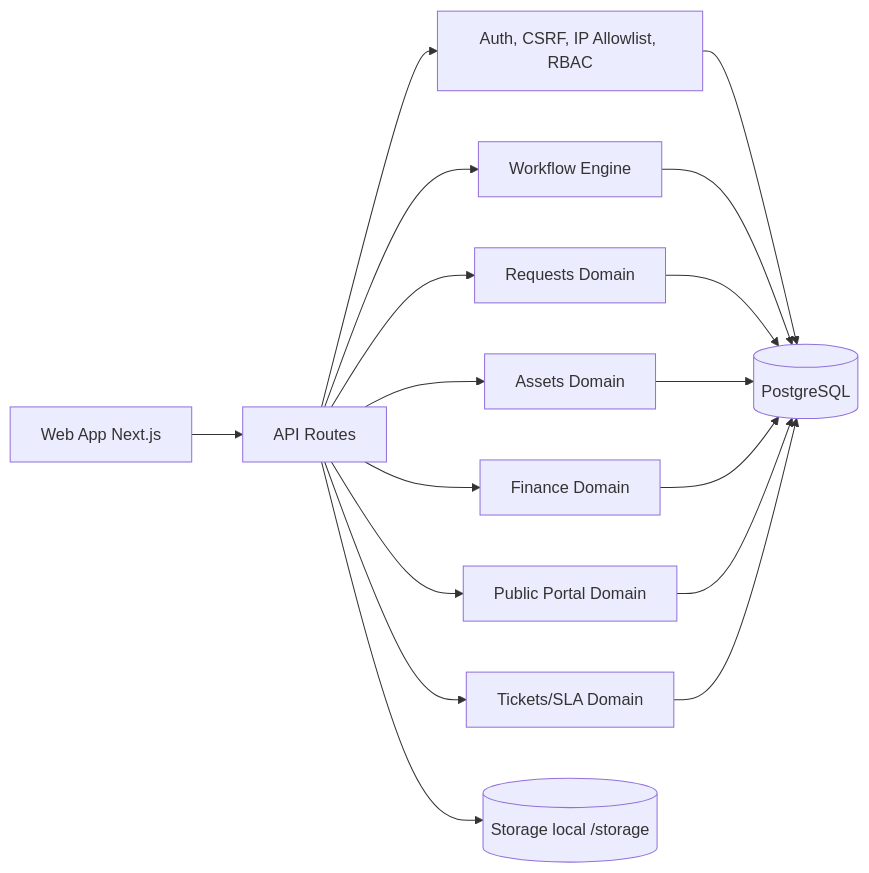
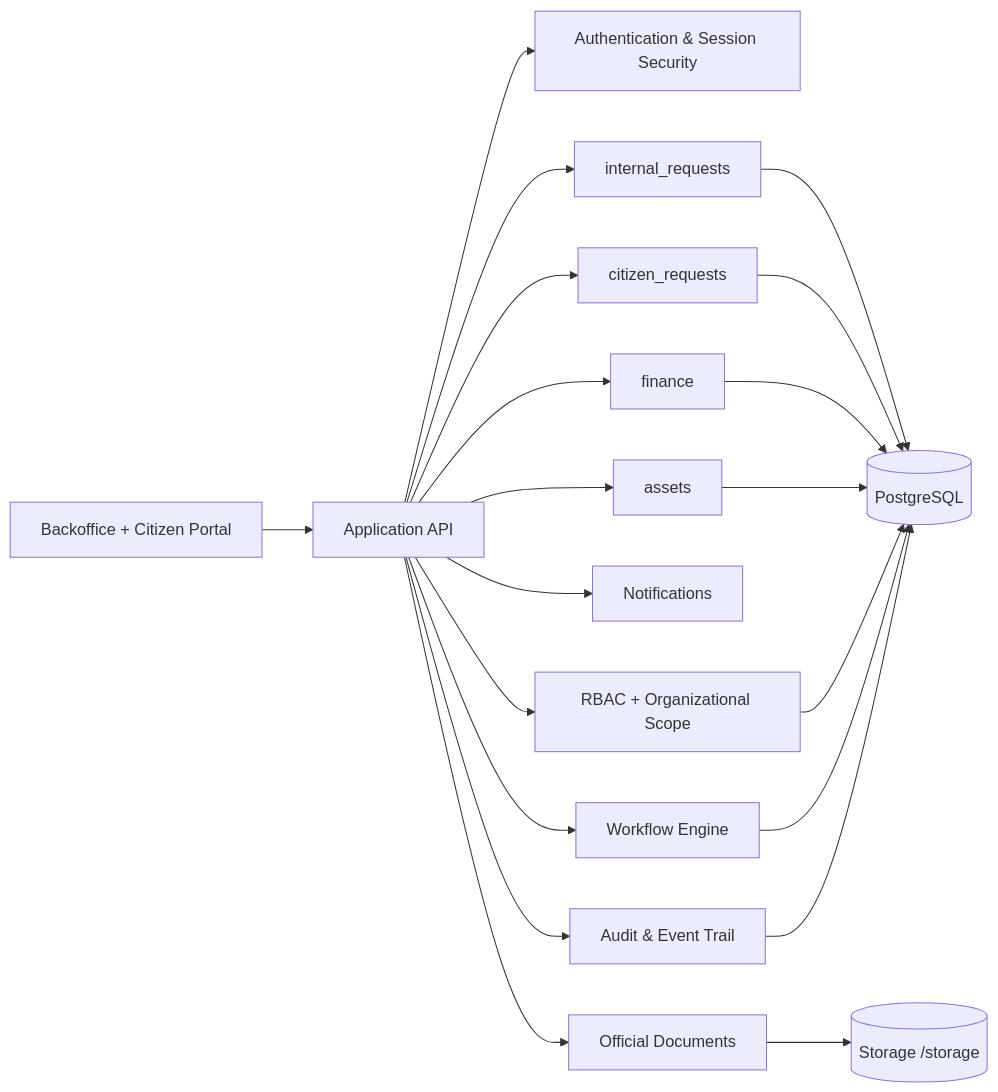
The first of 5 diagrams in README.md (RomaoFilipe/StockBackup), drawn with Mermaid before and after one commit. The commit also changed other lines of this file, not shown here.

````diff
--- a/README.md
+++ b/README.md
@@ -45,21 +82,26 @@
 ```mermaid
 flowchart LR
-  UI[Web App Next.js] --> API[API Routes]
-  API --> AUTH[Auth, CSRF, IP Allowlist, RBAC]
+  UI[Backoffice + Citizen Portal] --> API[Application API]
+
+  API --> AUTH[Authentication & Session Security]
+  API --> RBAC[RBAC + Organizational Scope]
   API --> WF[Workflow Engine]
-  API --> REQ[Requests Domain]
-  API --> ASSET[Assets Domain]
-  API --> FIN[Finance Domain]
-  API --> PUB[Public Portal Domain]
-  API --> TKT[Tickets/SLA Domain]
+  API --> AUDIT[Audit & Event Trail]
+  API --> DOC[Official Documents]
+  API --> NOTIF[Notifications]
 
-  AUTH --> DB[(PostgreSQL)]
+  API --> DREQ[internal_requests]
+  API --> DCIT[citizen_requests]
+  API --> DFIN[finance]
+  API --> DAST[assets]
+
+  DREQ --> DB[(PostgreSQL)]
+  DCIT --> DB
+  DFIN --> DB
+  DAST --> DB
+  RBAC --> DB
   WF --> DB
-  REQ --> DB
-  ASSET --> DB
-  FIN --> DB
-  PUB --> DB
-  TKT --> DB
+  AUDIT --> DB
 
-  API --> STORAGE[(Storage local /storage)]
+  DOC --> FS[(Storage /storage)]
 ```
````
